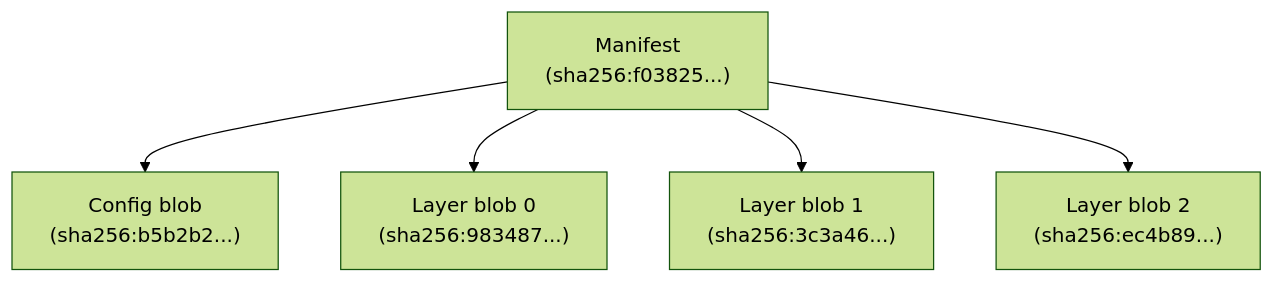
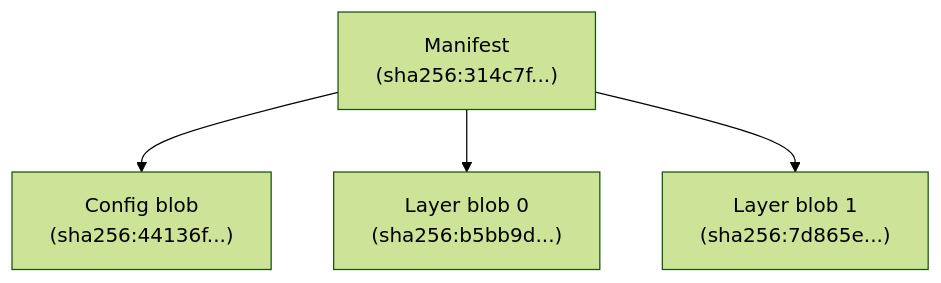
The diagram in docs/Artifacts-Model.md (oras-project/oras-go), drawn with Mermaid (forest theme) before and after one commit. The commit also changed other lines of this file, not shown here.

````diff
--- a/docs/Artifacts-Model.md
+++ b/docs/Artifacts-Model.md
@@ -44,9 +49,8 @@
 ```mermaid
 graph TD;
 
-Manifest["Manifest<br>(sha256:f03825...)"]-->Config["Config blob<br>(sha256:b5b2b2...)"]
-Manifest-->Layer0["Layer blob 0<br>(sha256:983487...)"]
-Manifest-->Layer1["Layer blob 1<br>(sha256:3c3a46...)"]
-Manifest-->Layer2["Layer blob 2<br>(sha256:ec4b89...)"]
+Manifest["Manifest<br>(sha256:314c7f...)"]-->Config["Config blob<br>(sha256:44136f...)"]
+Manifest-->Layer0["Layer blob 0<br>(sha256:b5bb9d...)"]
+Manifest-->Layer1["Layer blob 1<br>(sha256:7d865e...)"]
 
 ```
````
